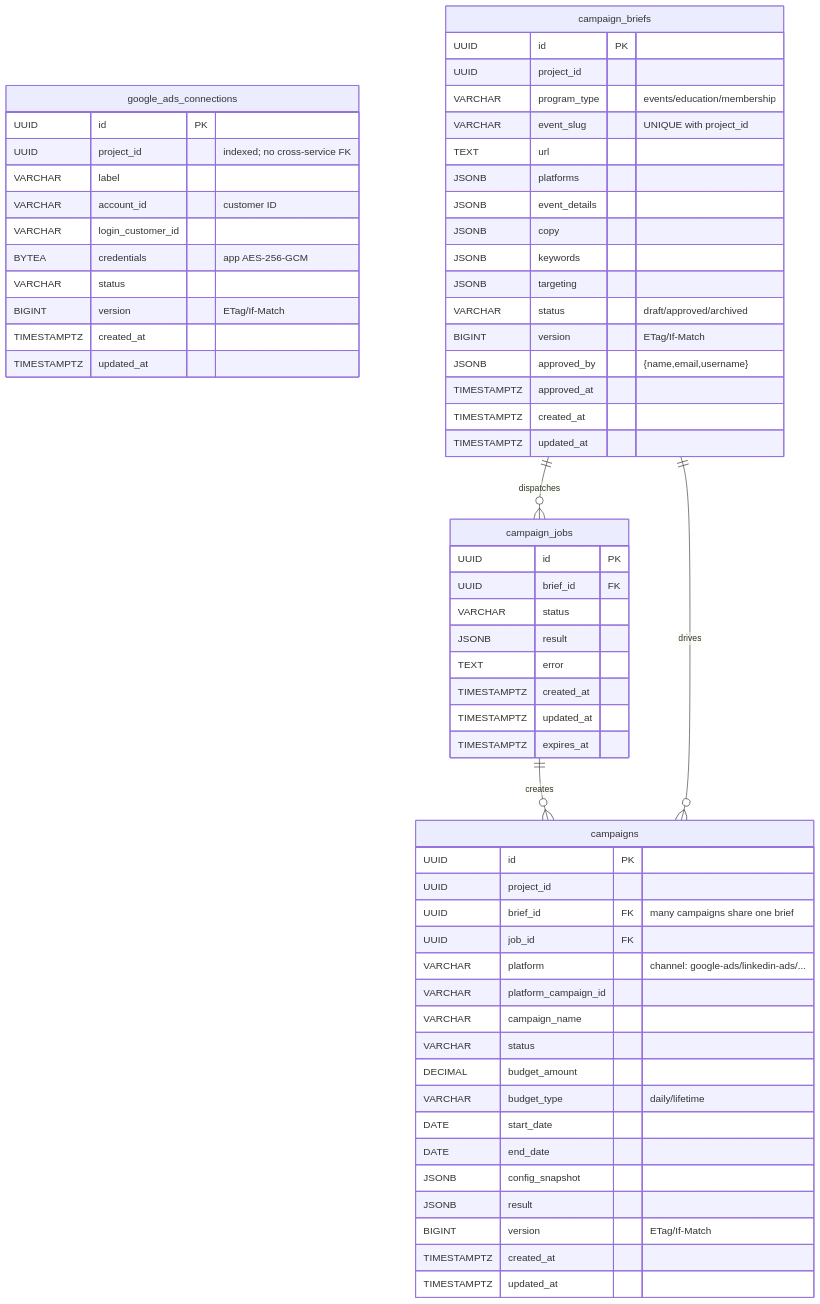
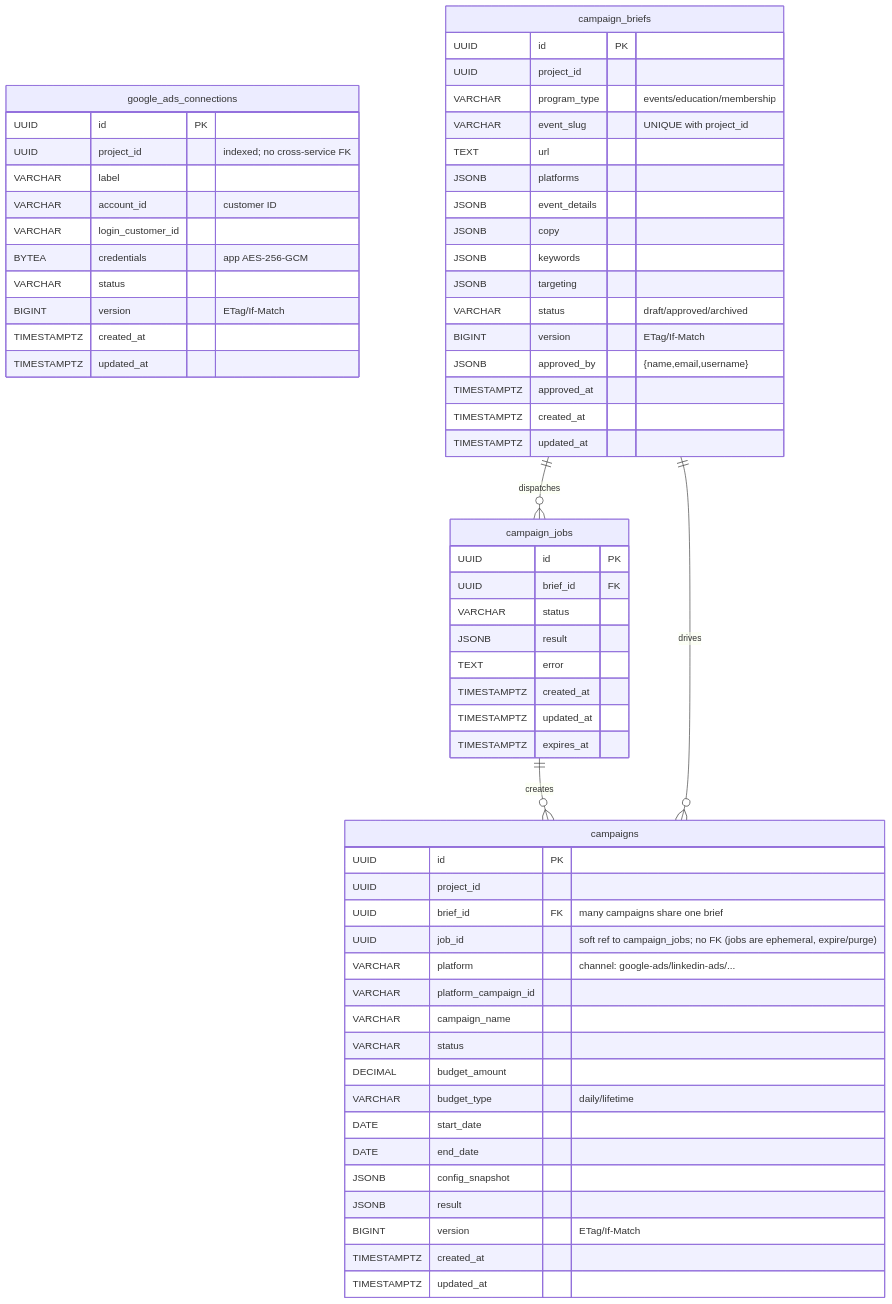
One commit to linuxfoundation/lfx-v2-campaign-service changed the seventh of 8 diagrams in docs/architecture.md. Above: the diagram before and after it, drawn with Mermaid. The commit also changed other lines of this file, not shown here.

Commit message:
docs: fix canonical-slug example and soft job_id ref in ER
Two more Copilot consistency findings:
- architecture.md campaign-naming example used display-style CNCF;
  align with the canonical-slug rule (lowercase cncf), matching the
  api-catalog.md example.
- ER diagram annotated campaigns.job_id as FK, but the DDL declares it
  with no REFERENCES (intentional — campaign_jobs is ephemeral and
  purged on expiry, so a hard FK would break). Drop the FK annotation.

LFXV2-2553

````diff
--- a/docs/architecture.md
+++ b/docs/architecture.md
@@ -345,69 +345,69 @@
 ```mermaid
 erDiagram
     google_ads_connections {
         UUID id PK
         UUID project_id "indexed; no cross-service FK"
         VARCHAR label
         VARCHAR account_id "customer ID"
         VARCHAR login_customer_id
         BYTEA credentials "app AES-256-GCM"
         VARCHAR status
         BIGINT version "ETag/If-Match"
         TIMESTAMPTZ created_at
         TIMESTAMPTZ updated_at
     }
 
     campaign_briefs {
         UUID id PK
         UUID project_id
         VARCHAR program_type "events/education/membership"
         VARCHAR event_slug "UNIQUE with project_id"
         TEXT url
         JSONB platforms
         JSONB event_details
         JSONB copy
         JSONB keywords
         JSONB targeting
         VARCHAR status "draft/approved/archived"
         BIGINT version "ETag/If-Match"
         JSONB approved_by "{name,email,username}"
         TIMESTAMPTZ approved_at
         TIMESTAMPTZ created_at
         TIMESTAMPTZ updated_at
     }
 
     campaigns {
         UUID id PK
         UUID project_id
         UUID brief_id FK "many campaigns share one brief"
-        UUID job_id FK
+        UUID job_id "soft ref to campaign_jobs; no FK (jobs are ephemeral, expire/purge)"
         VARCHAR platform "channel: google-ads/linkedin-ads/..."
         VARCHAR platform_campaign_id
         VARCHAR campaign_name
         VARCHAR status
         DECIMAL budget_amount
         VARCHAR budget_type "daily/lifetime"
         DATE start_date
         DATE end_date
         JSONB config_snapshot
         JSONB result
         BIGINT version "ETag/If-Match"
         TIMESTAMPTZ created_at
         TIMESTAMPTZ updated_at
     }
 
     campaign_jobs {
         UUID id PK
         UUID brief_id FK
         VARCHAR status
         JSONB result
         TEXT error
         TIMESTAMPTZ created_at
         TIMESTAMPTZ updated_at
         TIMESTAMPTZ expires_at
     }
 
     campaign_briefs ||--o{ campaign_jobs : "dispatches"
     campaign_jobs ||--o{ campaigns : "creates"
     campaign_briefs ||--o{ campaigns : "drives"
 ```
````
